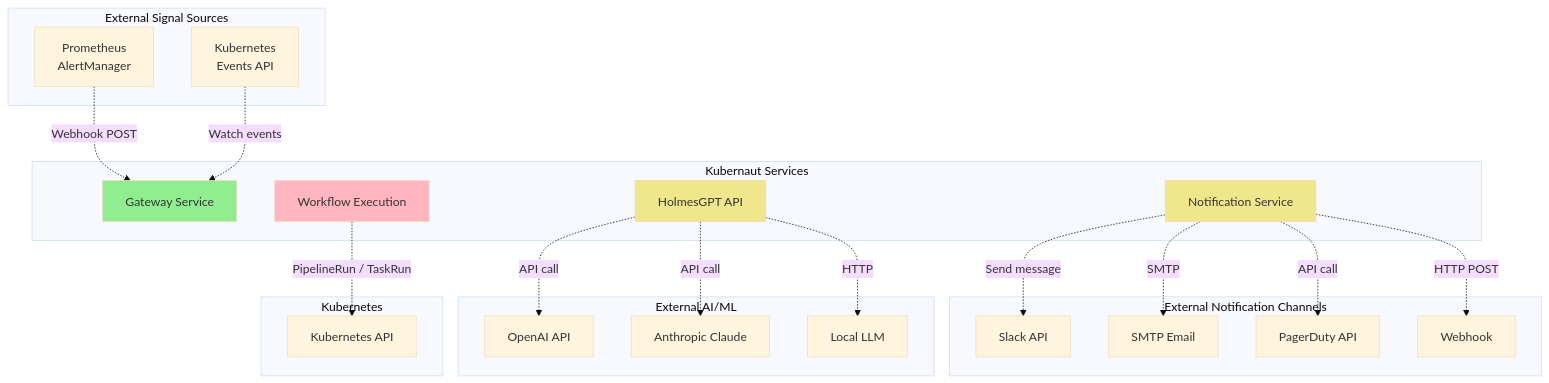
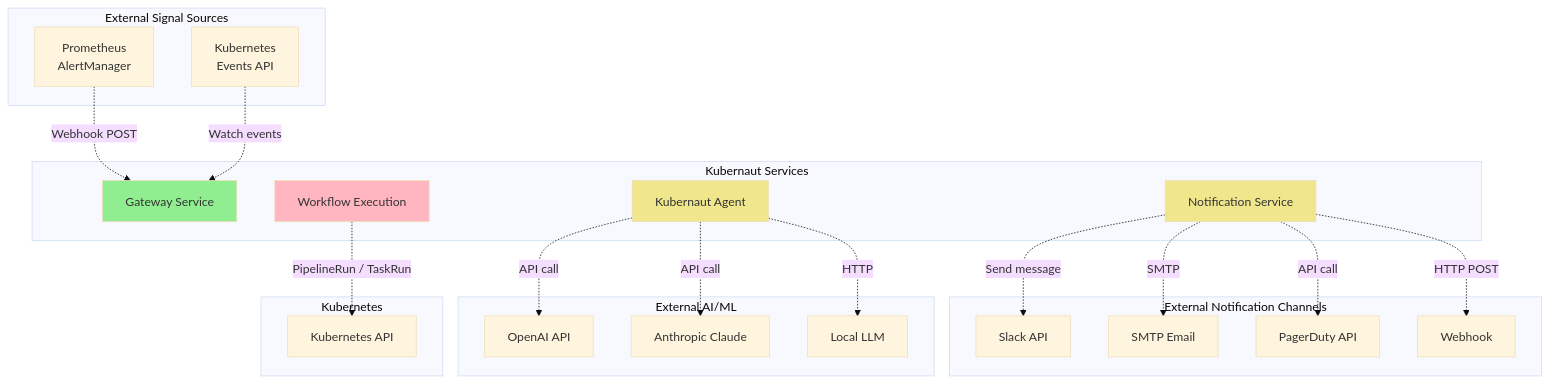
One commit to jordigilh/kubernaut changed the sixth of 8 diagrams in docs/architecture/SERVICE_DEPENDENCY_MAP.md. Above: the diagram before and after it, drawn with Mermaid (base theme). The commit also changed other lines of this file and 36 other files, not shown here.

````diff
--- a/docs/architecture/SERVICE_DEPENDENCY_MAP.md
+++ b/docs/architecture/SERVICE_DEPENDENCY_MAP.md
@@ -448,54 +448,54 @@
 ```mermaid
 graph TB
     subgraph "Kubernaut Services"
         GW[Gateway Service]
         NS[Notification Service]
-        HG[HolmesGPT API]
+        HG[Kubernaut Agent]
         WE[Workflow Execution]
     end
 
     subgraph "External Signal Sources"
         PM[Prometheus<br/>AlertManager]
         K8E[Kubernetes<br/>Events API]
     end
 
     subgraph "External Notification Channels"
         SL[Slack API]
         EM[SMTP Email]
         PD[PagerDuty API]
         WH[Webhook]
     end
 
     subgraph "External AI/ML"
         OAI[OpenAI API]
         ANT[Anthropic Claude]
         LOC[Local LLM]
     end
 
     subgraph "Kubernetes"
         K8API[Kubernetes API]
     end
 
     %% Signal sources
     PM -.->|Webhook POST| GW
     K8E -.->|Watch events| GW
 
     %% Notifications
     NS -.->|Send message| SL
     NS -.->|SMTP| EM
     NS -.->|API call| PD
     NS -.->|HTTP POST| WH
 
     %% AI
     HG -.->|API call| OAI
     HG -.->|API call| ANT
     HG -.->|HTTP| LOC
 
     %% Kubernetes (workflow + Tekton task workloads)
     WE -.->|PipelineRun / TaskRun| K8API
 
     style GW fill:#90EE90
     style NS fill:#F0E68C
     style HG fill:#F0E68C
     style WE fill:#FFB6C1
 ```
````
